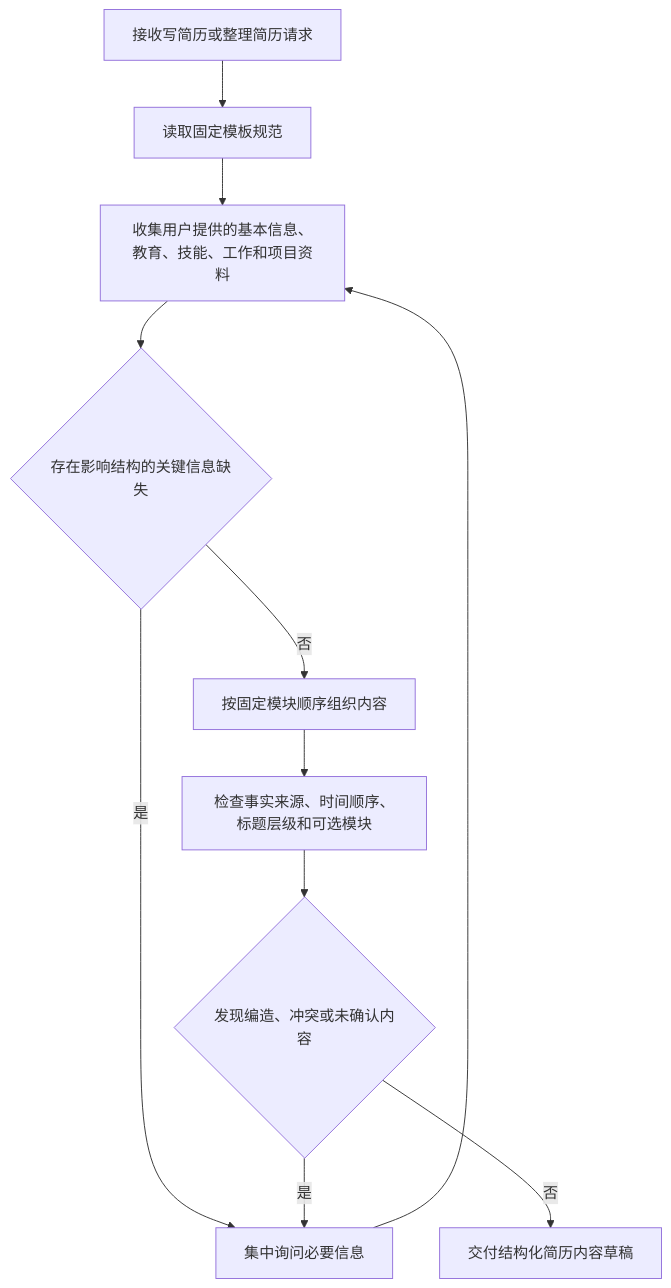
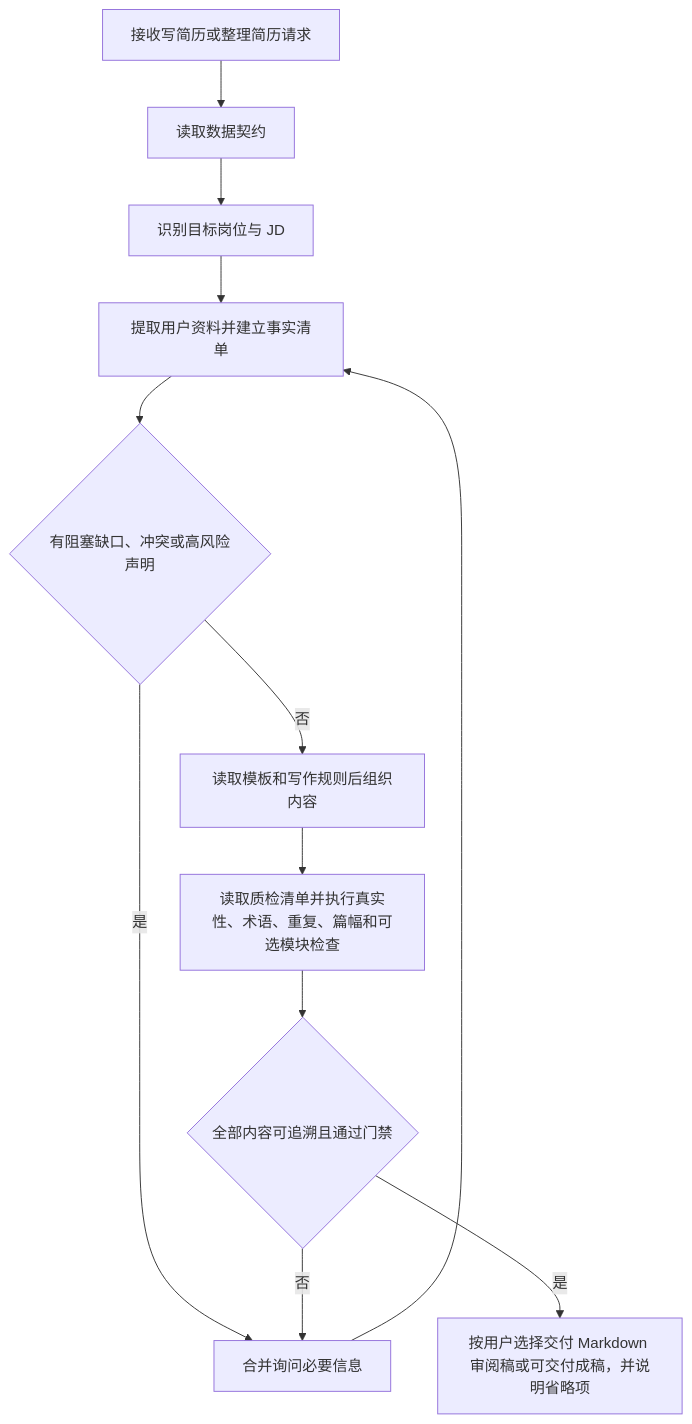
Before and after one commit to sancodeee/sen-claude-hub: the diagram in docs/superpowers/specs/2026-08-08-resume-forge-design.md, drawn with Mermaid. The commit also changed other lines of this file and 1 other file, not shown here.

````diff
--- a/docs/superpowers/specs/2026-08-08-resume-forge-design.md
+++ b/docs/superpowers/specs/2026-08-08-resume-forge-design.md
@@ -260,13 +383,14 @@
 ```mermaid
 flowchart TD
-    A[接收写简历或整理简历请求] --> B[读取固定模板规范]
-    B --> C[收集用户提供的基本信息、教育、技能、工作和项目资料]
-    C --> D{存在影响结构的关键信息缺失}
-    D -- 是 --> E[集中询问必要信息]
-    E --> C
-    D -- 否 --> F[按固定模块顺序组织内容]
-    F --> G[检查事实来源、时间顺序、标题层级和可选模块]
-    G --> H{发现编造、冲突或未确认内容}
-    H -- 是 --> E
-    H -- 否 --> I[交付结构化简历内容草稿]
+    A[接收写简历或整理简历请求] --> B[读取数据契约]
+    B --> C[识别目标岗位与 JD]
+    C --> D[提取用户资料并建立事实清单]
+    D --> E{有阻塞缺口、冲突或高风险声明}
+    E -- 是 --> F[合并询问必要信息]
+    F --> D
+    E -- 否 --> G[读取模板和写作规则后组织内容]
+    G --> H[读取质检清单并执行真实性、术语、重复、篇幅和可选模块检查]
+    H --> I{全部内容可追溯且通过门禁}
+    I -- 否 --> F
+    I -- 是 --> J[按用户选择交付 Markdown 审阅稿或可交付成稿，并说明省略项]
 ```
````
